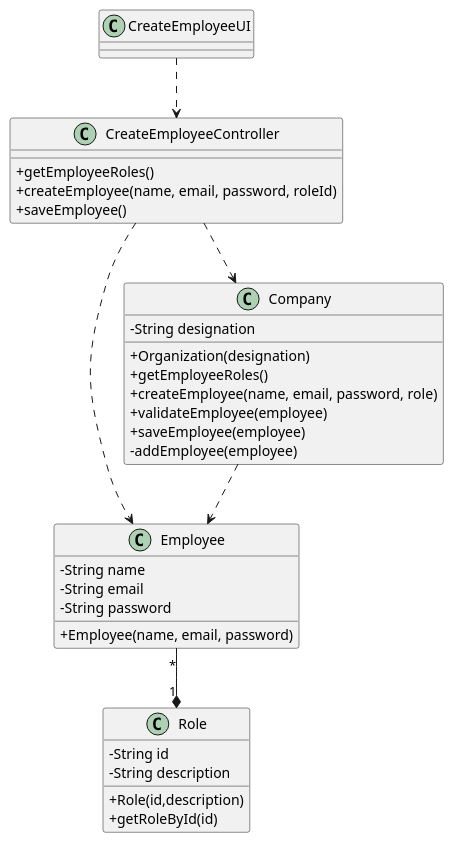
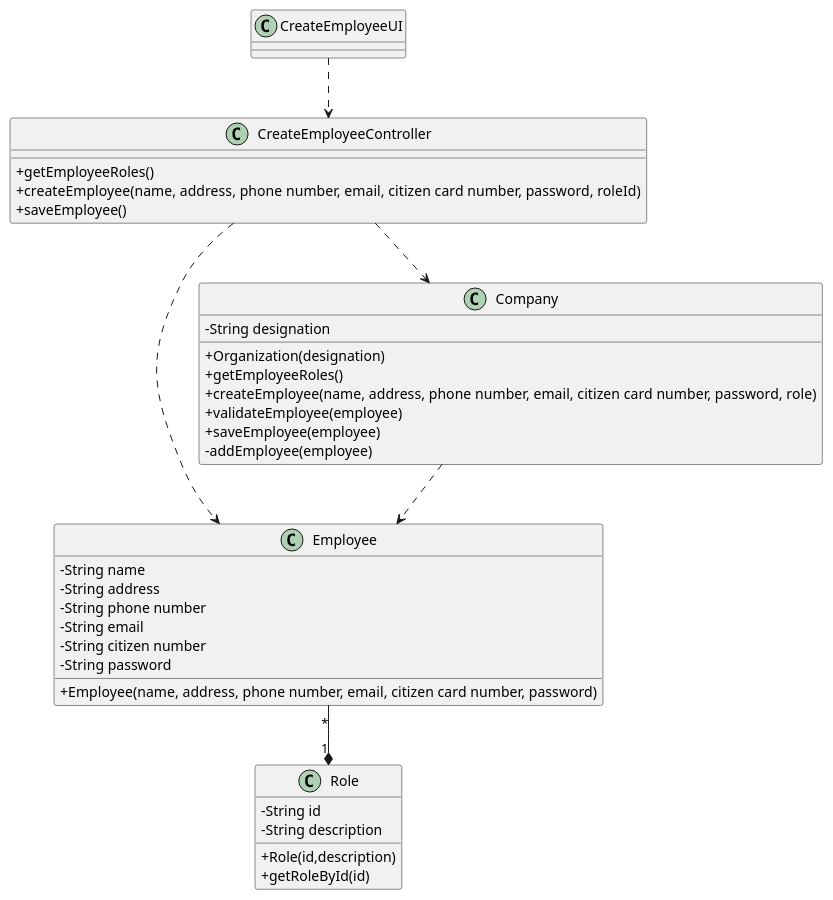
One commit to miseEnPlace-i/lapr2 changed the diagram in docs/SprintB/US10/CD/US10_CD.puml. Above: the diagram before and after it, drawn with PlantUML.

Commit message:
updated cd

```diff
--- a/docs/SprintB/US10/CD/US10_CD.puml
+++ b/docs/SprintB/US10/CD/US10_CD.puml
@@ -1,43 +1,46 @@
 @startuml US10_CD
 skinparam classAttributeIconSize 0
 
 class Employee {
   -String name
+  -String address
+  -String phone number
   -String email
+  -String citizen number
   -String password
-  +Employee(name, email, password)
+  +Employee(name, address, phone number, email, citizen card number, password)
 }
 
 class Role {
   -String id
   -String description
   +Role(id,description)
   +getRoleById(id)
 }
 
 class Company {
   -String designation
   +Organization(designation)
   +getEmployeeRoles()
-  +createEmployee(name, email, password, role)
+  +createEmployee(name, address, phone number, email, citizen card number, password, role)
   +validateEmployee(employee)
   +saveEmployee(employee)
   -addEmployee(employee)
 }
 
 class CreateEmployeeController {
   +getEmployeeRoles()
-  +createEmployee(name, email, password, roleId)
+  +createEmployee(name, address, phone number, email, citizen card number, password, roleId)
   +saveEmployee()
 }
 
 class CreateEmployeeUI {
 }
 
 CreateEmployeeUI ..> CreateEmployeeController
 CreateEmployeeController ..> Employee
 CreateEmployeeController ..> Company
 Company ..> Employee
 Employee "*" --* "1" Role
 
 @enduml
```
